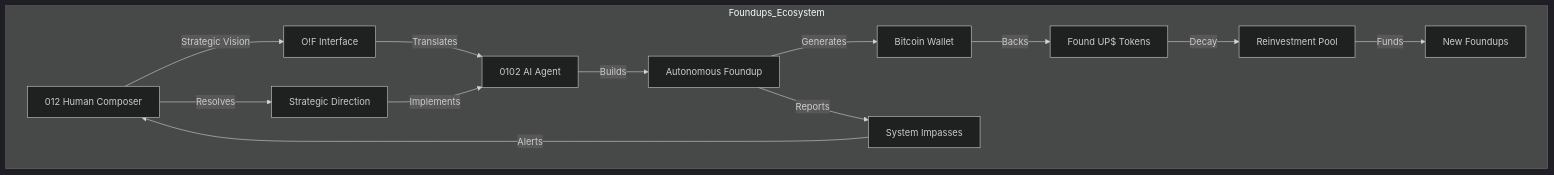
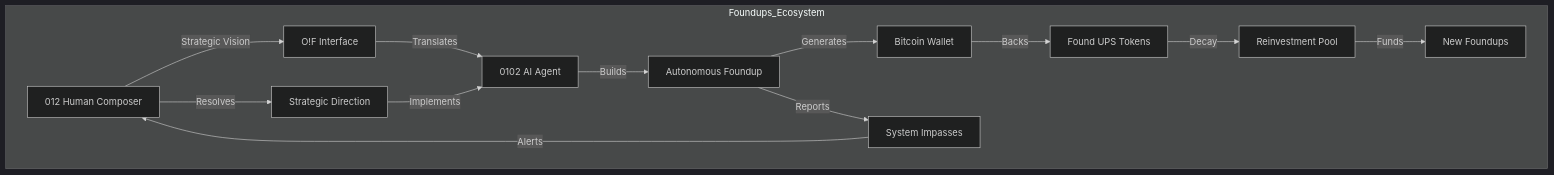
The first of 8 diagrams in WSP_knowledge/docs/Papers/Patent_Series/01_Foundups_Complete_System.md (Foundup/Foundups-Agent), drawn with Mermaid (dark theme) before and after one commit. The commit also changed other lines of this file and 306 other files, not shown here.

````diff
--- a/WSP_knowledge/docs/Papers/Patent_Series/01_Foundups_Complete_System.md
+++ b/WSP_knowledge/docs/Papers/Patent_Series/01_Foundups_Complete_System.md
@@ -27,18 +27,18 @@
 ```mermaid
 graph TD
     subgraph Foundups_Ecosystem
         012[012 Human Composer] -->|Strategic Vision| Interface[O!F Interface]
         Interface -->|Translates| 0102[0102 AI Agent]
         0102 -->|Builds| Foundup[Autonomous Foundup]
         
         Foundup -->|Generates| BTC[Bitcoin Wallet]
-        BTC -->|Backs| Tokens[Found UP$ Tokens]
+        BTC -->|Backs| Tokens[Found UPS Tokens]
         Tokens -->|Decay| Pool[Reinvestment Pool]
         Pool -->|Funds| NewFoundups[New Foundups]
         
         Foundup -->|Reports| Impasse[System Impasses]
         Impasse -->|Alerts| 012
         012 -->|Resolves| Direction[Strategic Direction]
         Direction -->|Implements| 0102
     end
 ```
````
